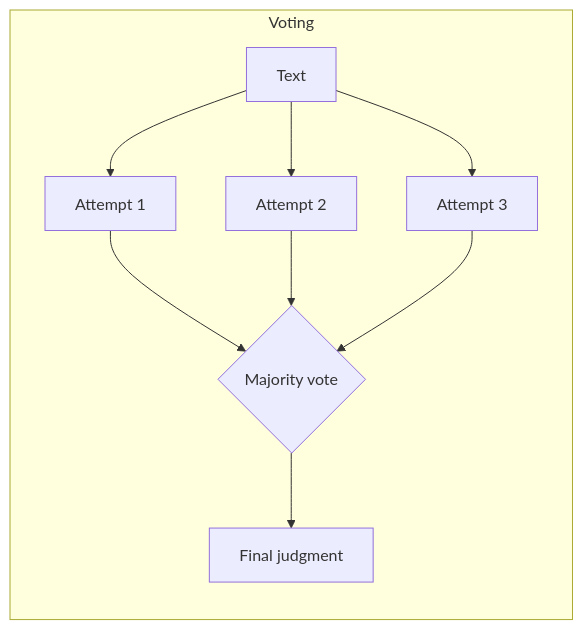
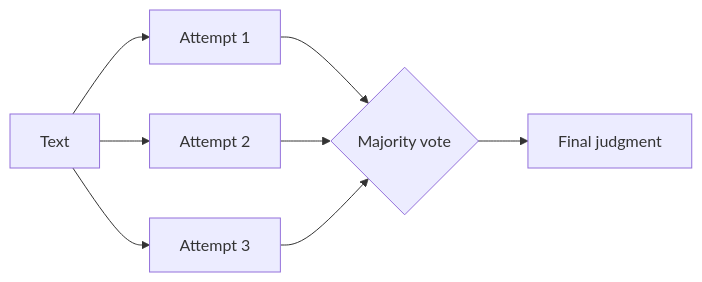
Before and after one commit to qameqame/ai-architecture-pattern: the third of 7 diagrams in README.md, drawn with Mermaid. The commit also changed other lines of this file and 1 other file, not shown here.

Commit message:
modify diagram of README.md,README.ja.md to Mermaid diagram

````diff
--- a/README.md
+++ b/README.md
@@ -123,12 +125,10 @@
 ```mermaid
 flowchart LR
-    subgraph Voting
-        A2[Text] --> B2[Attempt 1]
-        A2 --> C2[Attempt 2]
-        A2 --> D2[Attempt 3]
-        B2 --> E2{Majority vote}
-        C2 --> E2
-        D2 --> E2
-        E2 --> F2[Final judgment]
-    end
+    A2[Text] --> B2[Attempt 1]
+    A2 --> C2[Attempt 2]
+    A2 --> D2[Attempt 3]
+    B2 --> E2{Majority vote}
+    C2 --> E2
+    D2 --> E2
+    E2 --> F2[Final judgment]
 ```
````
